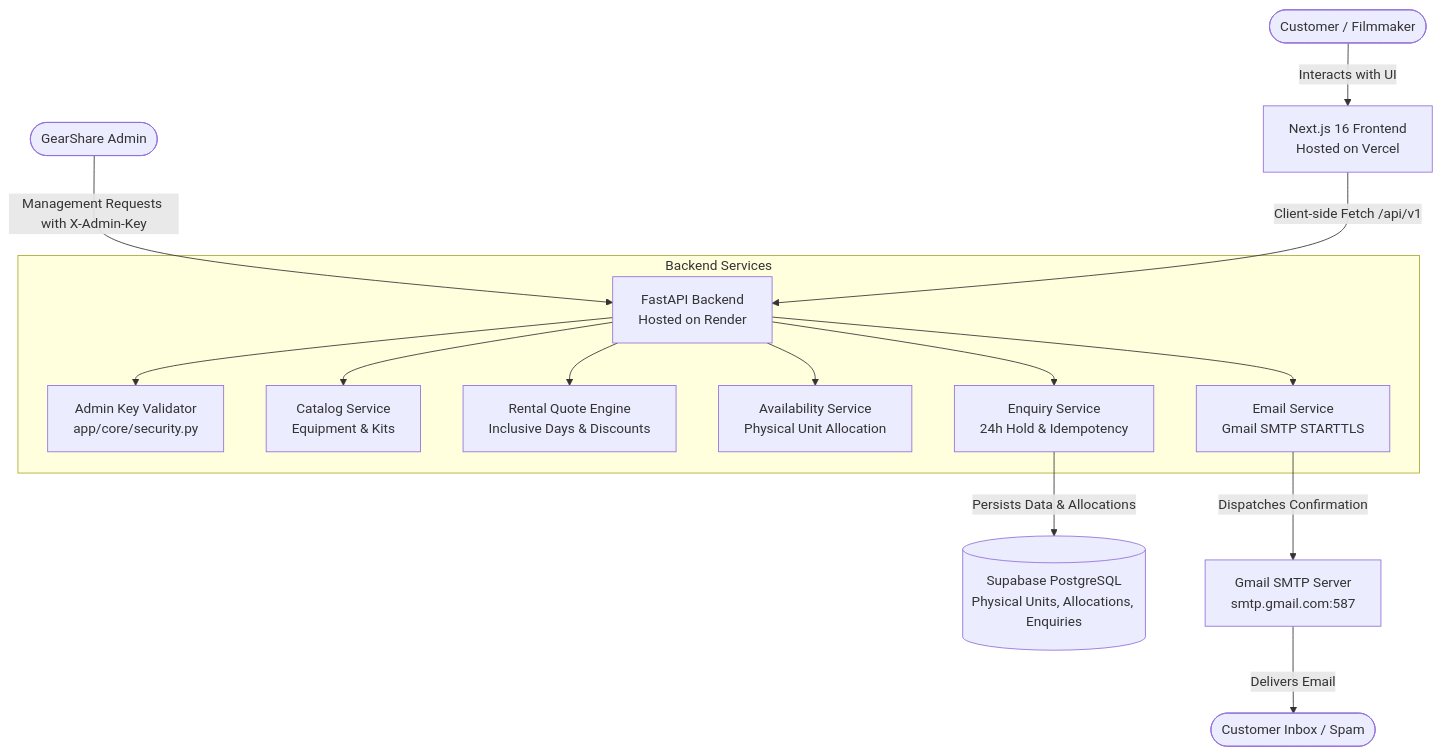
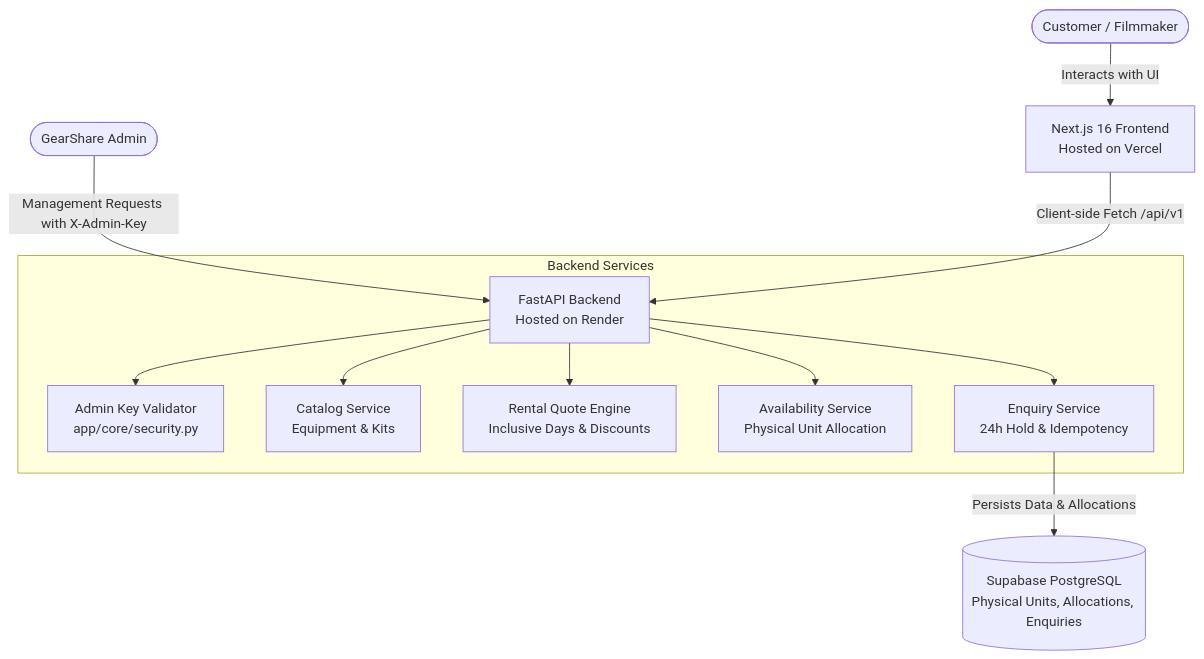
The diagram in README.md (Tejeshub/GearShare), drawn with Mermaid before and after one commit. The commit also changed other lines of this file and 6 other files, not shown here.

````diff
--- a/README.md
+++ b/README.md
@@ -129,20 +128,17 @@
 ```mermaid
 graph TD
     User([Customer / Filmmaker]) -->|Interacts with UI| FE[Next.js 16 Frontend\nHosted on Vercel]
     Admin([GearShare Admin]) -->|Management Requests with X-Admin-Key| BE[FastAPI Backend\nHosted on Render]
     
     FE -->|Client-side Fetch /api/v1| BE
     
     subgraph Backend Services
         BE --> Auth[Admin Key Validator\napp/core/security.py]
         BE --> CatalogSvc[Catalog Service\nEquipment & Kits]
         BE --> QuoteSvc[Rental Quote Engine\nInclusive Days & Discounts]
         BE --> AvailSvc[Availability Service\nPhysical Unit Allocation]
         BE --> EnquirySvc[Enquiry Service\n24h Hold & Idempotency]
-        BE --> EmailSvc[Email Service\nGmail SMTP STARTTLS]
     end
     
     EnquirySvc -->|Persists Data & Allocations| DB[(Supabase PostgreSQL\nPhysical Units, Allocations, Enquiries)]
-    EmailSvc -->|Dispatches Confirmation| SMTP[Gmail SMTP Server\nsmtp.gmail.com:587]
-    SMTP -->|Delivers Email| Inbox([Customer Inbox / Spam])
 ```
````
